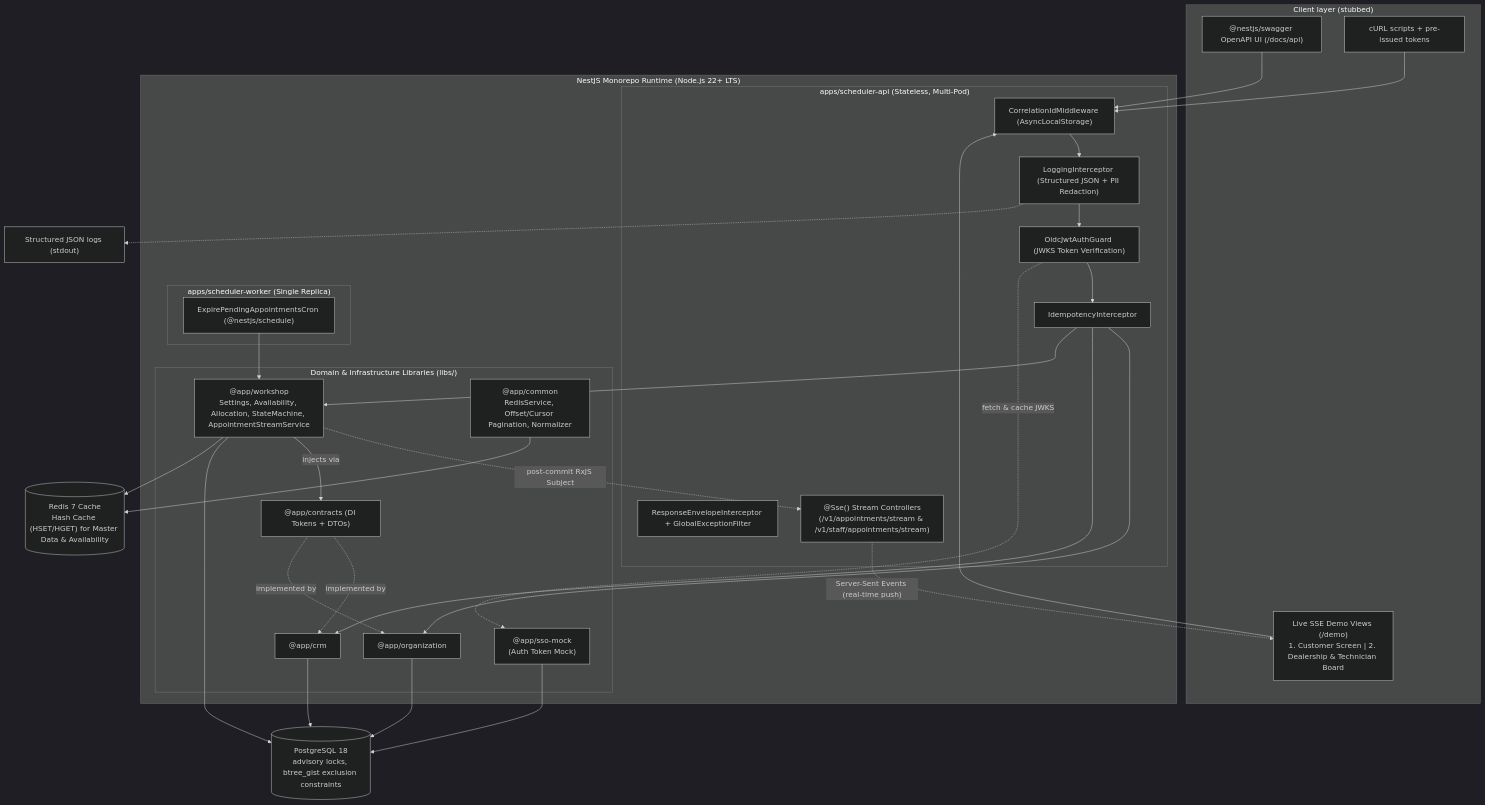
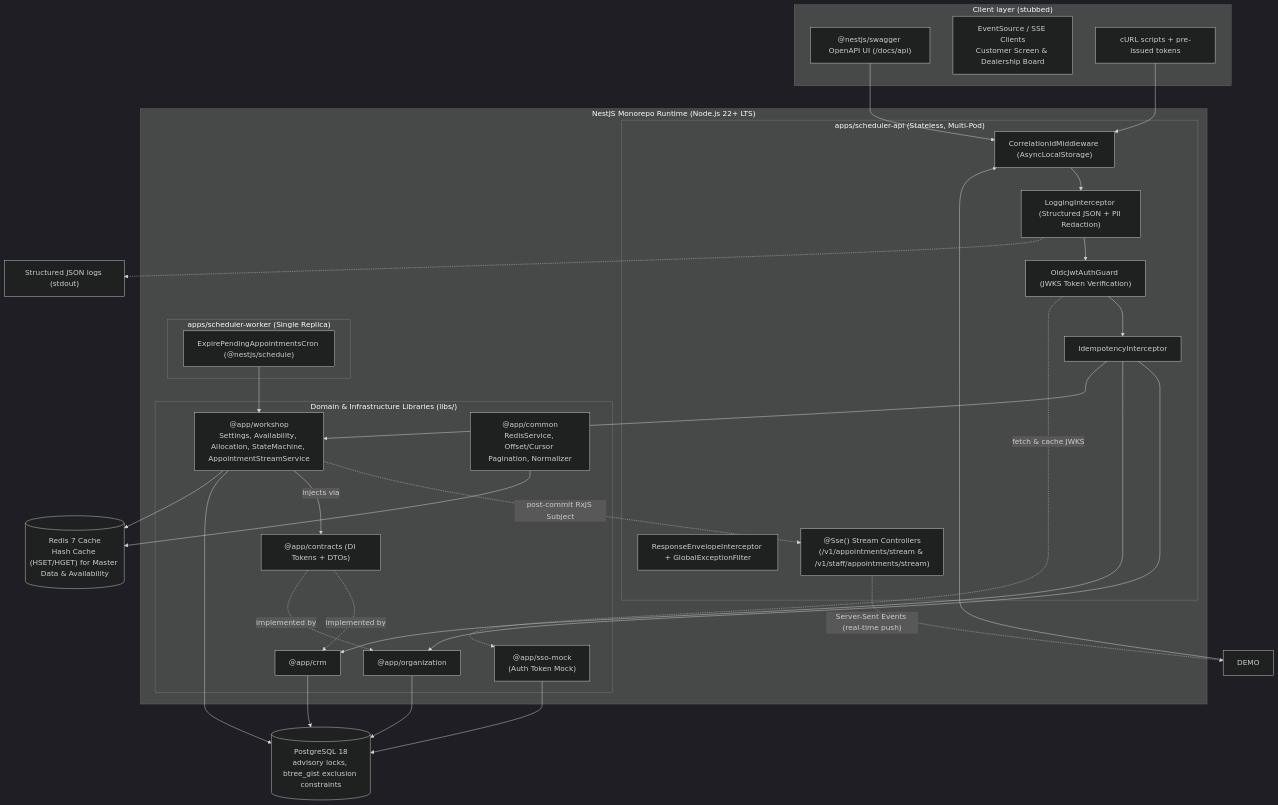
The first of 8 diagrams in SYSTEM_DESIGN.md (anhkhuong1306/the-unified-service-scheduler), drawn with Mermaid (dark theme) before and after one commit. The commit also changed other lines of this file and 10 other files, not shown here.

````diff
--- a/SYSTEM_DESIGN.md
+++ b/SYSTEM_DESIGN.md
@@ -196,58 +196,58 @@
 ```mermaid
 flowchart TB
     subgraph Client["Client layer (stubbed)"]
         OAS["@nestjs/swagger OpenAPI UI (/docs/api)"]
-        DEMO["Live SSE Demo Views (/demo)<br/>1. Customer Screen | 2. Dealership & Technician Board"]
+        SSE_CLI["EventSource / SSE Clients<br/>Customer Screen & Dealership Board"]
         CURL["cURL scripts + pre-issued tokens"]
     end
 
     subgraph Monorepo["NestJS Monorepo Runtime (Node.js 22+ LTS)"]
         subgraph APIApp["apps/scheduler-api (Stateless, Multi-Pod)"]
             MW1["CorrelationIdMiddleware (AsyncLocalStorage)"]
             MW2["LoggingInterceptor (Structured JSON + PII Redaction)"]
             MW3["OidcJwtAuthGuard (JWKS Token Verification)"]
             MW4["IdempotencyInterceptor"]
             RESP["ResponseEnvelopeInterceptor + GlobalExceptionFilter"]
             SSE["@Sse() Stream Controllers<br/>(/v1/appointments/stream & /v1/staff/appointments/stream)"]
         end
 
         subgraph WorkerApp["apps/scheduler-worker (Single Replica)"]
             CRON["ExpirePendingAppointmentsCron (@nestjs/schedule)"]
         end
 
         subgraph Libs["Domain & Infrastructure Libraries (libs/)"]
             SSO["@app/sso-mock<br/>(Auth Token Mock)"]
             ORG["@app/organization"]
             CRM["@app/crm"]
             WS["@app/workshop<br/>Settings, Availability, Allocation, StateMachine, AppointmentStreamService"]
             CONTRACTS["@app/contracts (DI Tokens + DTOs)"]
             COMMON["@app/common<br/>RedisService, Offset/Cursor Pagination, Normalizer"]
         end
     end
 
     PG[("PostgreSQL 18<br/>advisory locks, btree_gist exclusion constraints")]
     REDIS[("Redis 7 Cache<br/>Hash Cache (HSET/HGET) for Master Data & Availability")]
     LOG["Structured JSON logs (stdout)"]
 
     OAS --> MW1
     DEMO --> MW1
     SSE -. "Server-Sent Events (real-time push)" .-> DEMO
     WS -. "post-commit RxJS Subject" .-> SSE
     CURL --> MW1
     MW1 --> MW2 --> MW3 --> MW4
     MW4 --> ORG
     MW4 --> CRM
     MW4 --> WS
     MW3 -. "fetch & cache JWKS" .-> SSO
     WS -- "injects via" --> CONTRACTS
     CONTRACTS -. "implemented by" .-> CRM
     CONTRACTS -. "implemented by" .-> ORG
     CRON --> WS
     SSO --> PG
     ORG --> PG
     CRM --> PG
     WS --> PG
     WS --> REDIS
     COMMON --> REDIS
     MW2 -.-> LOG
 ```
````
